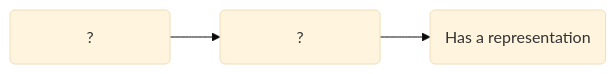
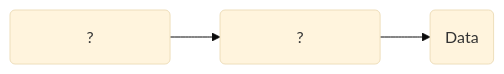
The second of 12 diagrams in docs/introduction/1.1 Research data.md (spuddybike/understanding-metadata), drawn with Mermaid (base theme) before and after one commit. The commit also changed other lines of this file, not shown here.

Commit message:
Update 1.1 Research data.md

````diff
--- a/docs/introduction/1.1 Research data.md
+++ b/docs/introduction/1.1 Research data.md
@@ -130,5 +130,5 @@
 ``` mermaid
 flowchart LR
   Q1(&nbsp;&nbsp;&nbsp;&nbsp;&nbsp;&nbsp;&nbsp;&nbsp;&nbsp;&nbsp;&nbsp;&nbsp;&nbsp;&nbsp;&nbsp;?&nbsp;&nbsp;&nbsp;&nbsp;&nbsp;&nbsp;&nbsp;&nbsp;&nbsp;&nbsp;&nbsp;&nbsp;&nbsp;&nbsp;&nbsp;) --> Q2(&nbsp;&nbsp;&nbsp;&nbsp;&nbsp;&nbsp;&nbsp;&nbsp;&nbsp;&nbsp;&nbsp;&nbsp;&nbsp;&nbsp;&nbsp;?&nbsp;&nbsp;&nbsp;&nbsp;&nbsp;&nbsp;&nbsp;&nbsp;&nbsp;&nbsp;&nbsp;&nbsp;&nbsp;&nbsp;&nbsp;)
-  Q2 --> Rep1(Has a representation)
+  Q2 --> D(Data)
 ```
````
